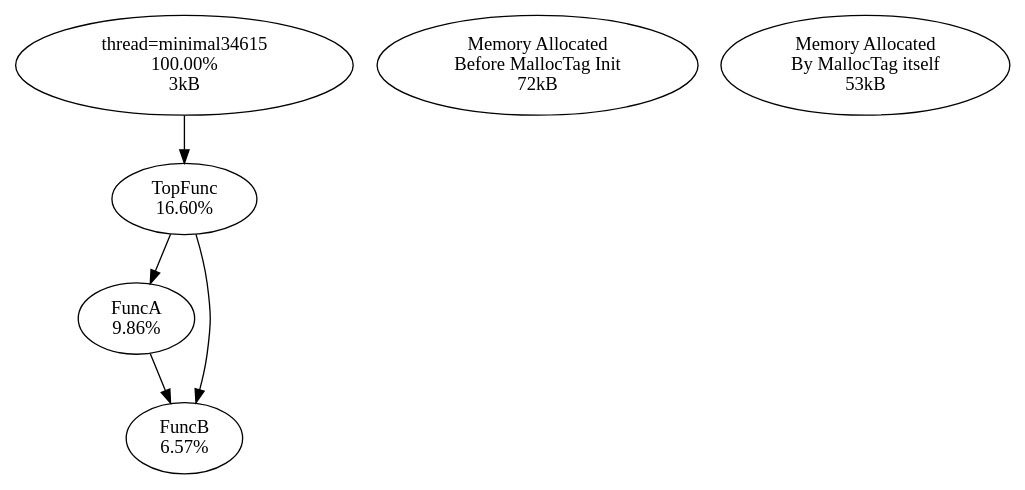
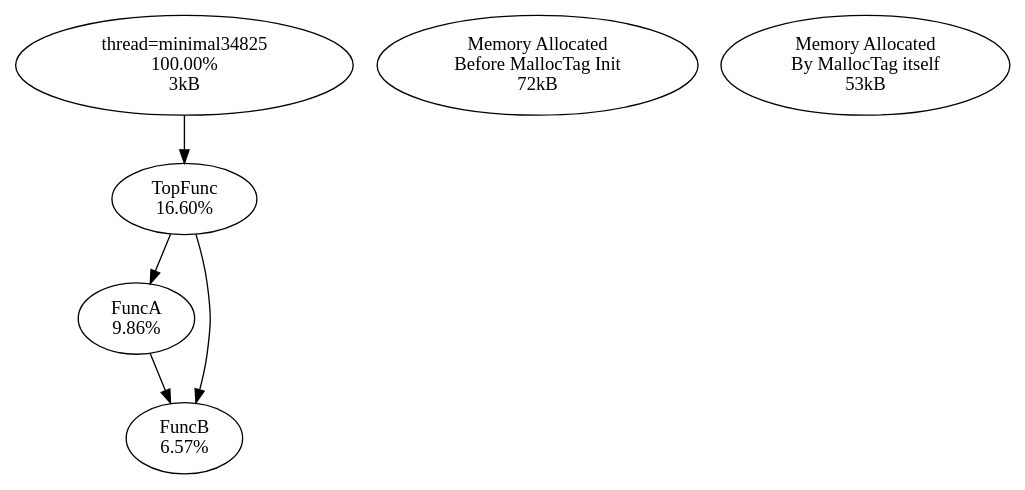
Before and after one commit to f18m/malloc-tag: the diagram in examples/minimal/minimal_stats.dot, drawn with Graphviz. The commit also changed 3 other files, not shown here.

```diff
--- a/examples/minimal/minimal_stats.dot
+++ b/examples/minimal/minimal_stats.dot
@@ -1,13 +1,13 @@
 digraph MallocTree {
-minimal34615 [label="thread=minimal34615\n100.00%\n3kB"]
-minimal34615 -> TopFunc
+minimal34825 [label="thread=minimal34825\n100.00%\n3kB"]
+minimal34825 -> TopFunc
 TopFunc [label="TopFunc\n16.60%"]
 TopFunc -> FuncA
 TopFunc -> FuncB
 FuncA [label="FuncA\n9.86%"]
 FuncA -> FuncB
 FuncB [label="FuncB\n6.57%"]
 FuncB [label="FuncB\n6.57%"]
 __before_init_node__ [label="Memory Allocated\nBefore MallocTag Init\n72kB"]
 __malloctag_self_memory__ [label="Memory Allocated\nBy MallocTag itself\n53kB"]
 }
```
